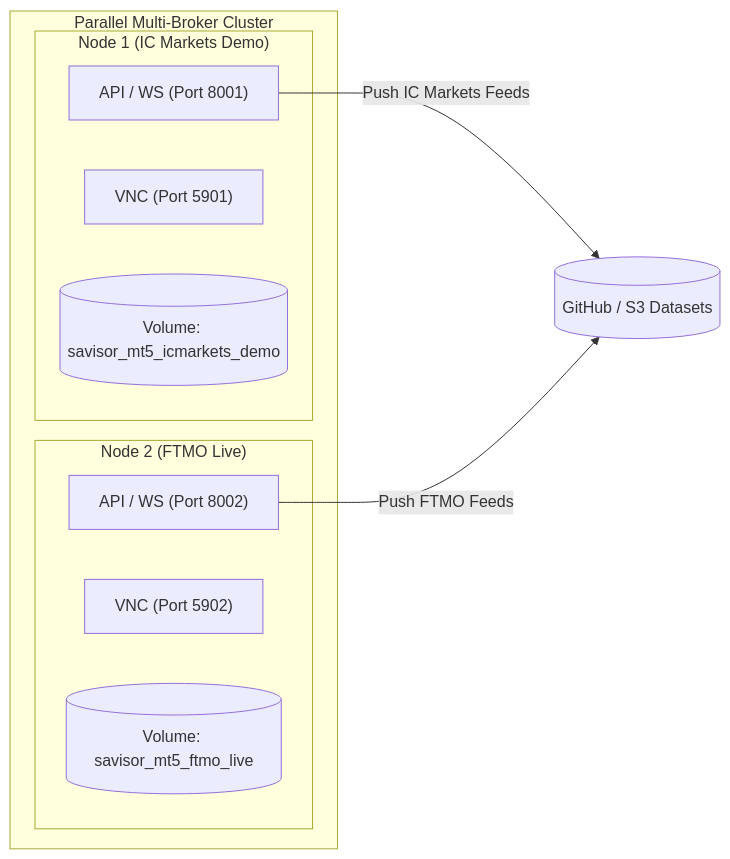
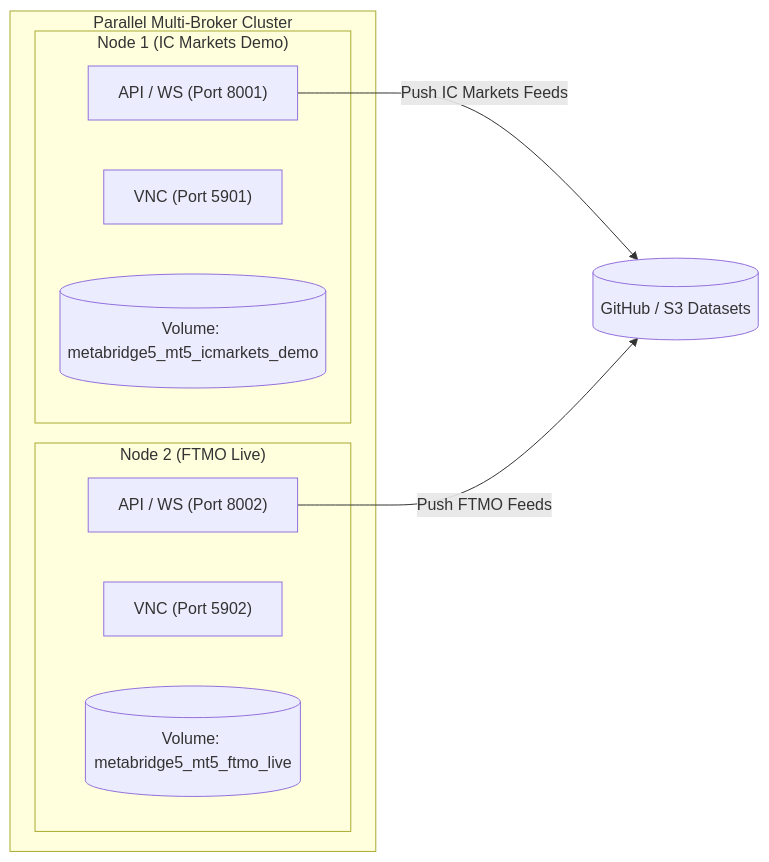
Before and after one commit to devffex/MetaBridge5: the fifth of 6 diagrams in apps/market-gateway/docs/authentication_persistence.md, drawn with Mermaid. The commit also changed other lines of this file and 74 other files, not shown here.

````diff
--- a/apps/market-gateway/docs/authentication_persistence.md
+++ b/apps/market-gateway/docs/authentication_persistence.md
@@ -297,19 +297,19 @@
 ```mermaid
 flowchart LR
     subgraph MultiNode ["Parallel Multi-Broker Cluster"]
         subgraph Node1 ["Node 1 (IC Markets Demo)"]
             API1["API / WS (Port 8001)"]
             VNC1["VNC (Port 5901)"]
-            Vol1[("Volume: savisor_mt5_icmarkets_demo")]
+            Vol1[("Volume: metabridge5_mt5_icmarkets_demo")]
         end
 
         subgraph Node2 ["Node 2 (FTMO Live)"]
             API2["API / WS (Port 8002)"]
             VNC2["VNC (Port 5902)"]
-            Vol2[("Volume: savisor_mt5_ftmo_live")]
+            Vol2[("Volume: metabridge5_mt5_ftmo_live")]
         end
     end
 
     API1 -->|"Push IC Markets Feeds"| CloudStorage[("GitHub / S3 Datasets")]
     API2 -->|"Push FTMO Feeds"| CloudStorage
 ```
````
